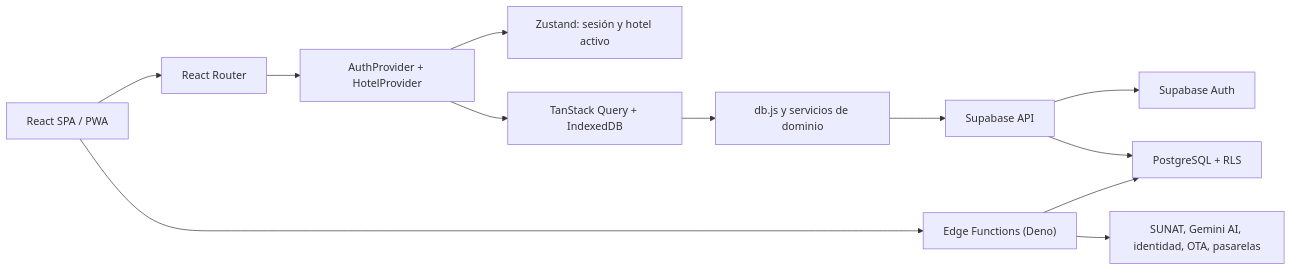
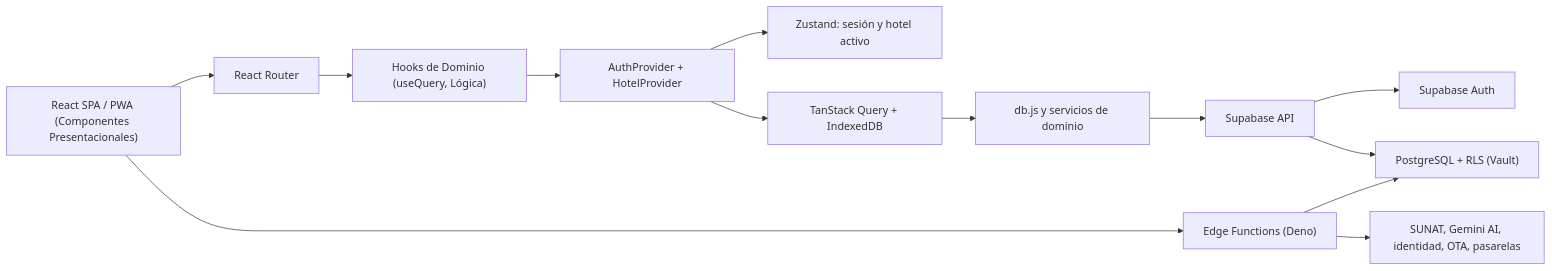
Before and after one commit to jhoncharlesjcar/pms-jcar-labs-inc: the first of 2 diagrams in specs/architecture.md, drawn with Mermaid. The commit also changed other lines of this file and 6 other files, not shown here.

````diff
--- a/specs/architecture.md
+++ b/specs/architecture.md
@@ -12,14 +12,15 @@
 ```mermaid
 flowchart LR
-    UI["React SPA / PWA"] --> ROUTER["React Router"]
-    ROUTER --> PROVIDERS["AuthProvider + HotelProvider"]
+    UI["React SPA / PWA (Componentes Presentacionales)"] --> ROUTER["React Router"]
+    ROUTER --> HOOKS["Hooks de Dominio (useQuery, Lógica)"]
+    HOOKS --> PROVIDERS["AuthProvider + HotelProvider"]
     PROVIDERS --> STORE["Zustand: sesión y hotel activo"]
     PROVIDERS --> QUERY["TanStack Query + IndexedDB"]
     QUERY --> DB["db.js y servicios de dominio"]
     DB --> API["Supabase API"]
     API --> AUTH["Supabase Auth"]
-    API --> PG["PostgreSQL + RLS"]
+    API --> PG["PostgreSQL + RLS (Vault)"]
     UI --> EDGE["Edge Functions (Deno)"]
     EDGE --> PG
     EDGE --> EXT["SUNAT, Gemini AI, identidad, OTA, pasarelas"]
 ```
````
